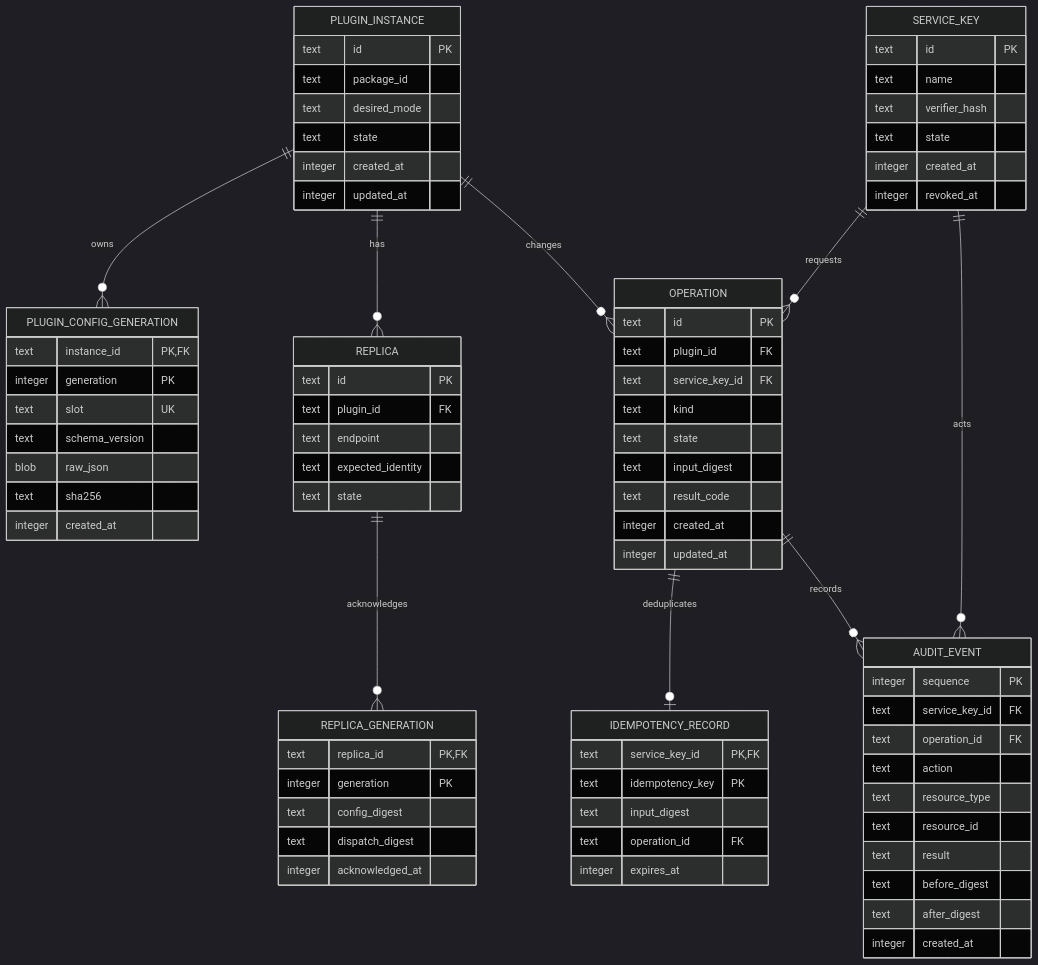
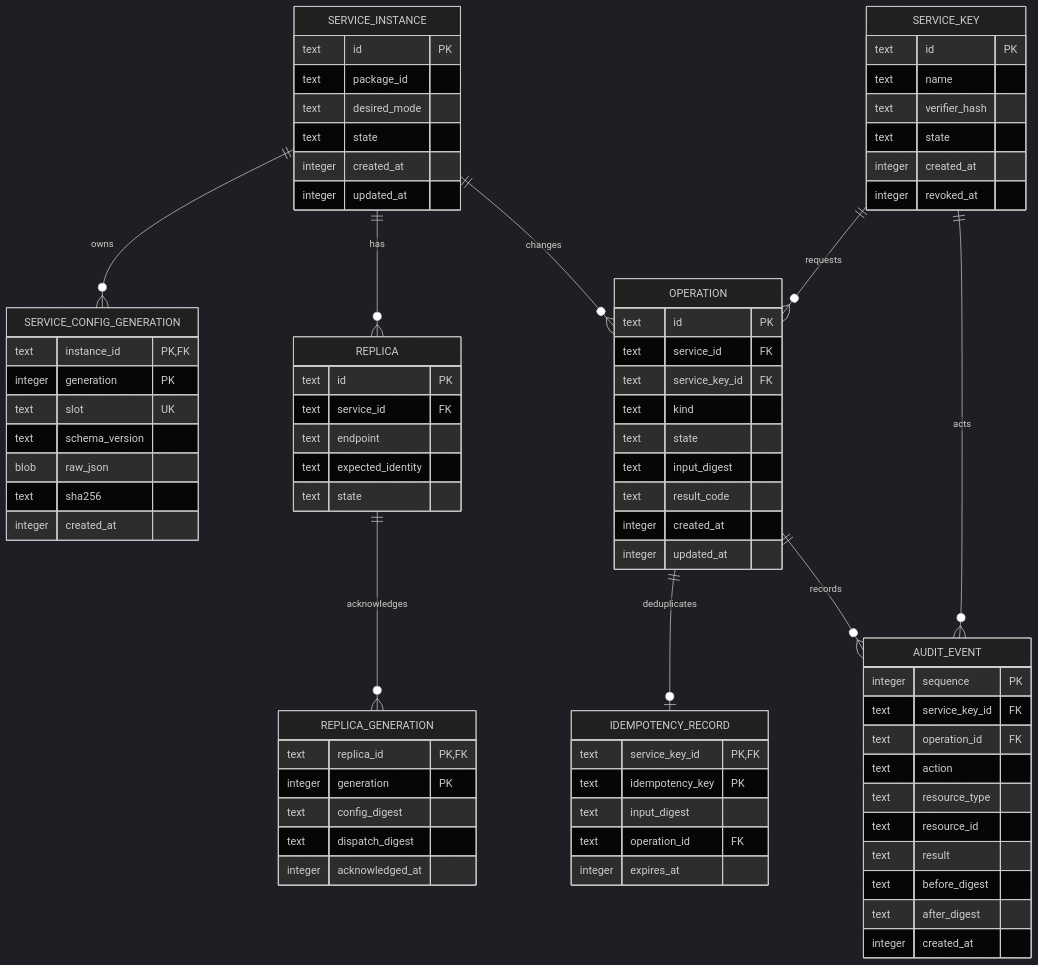
The diagram in docs/site/diagrams/core-config-store.mmd (Liapoldus/core), drawn with Mermaid (dark theme) before and after one commit. The commit also changed 439 other files, not shown here.

```diff
--- a/docs/site/diagrams/core-config-store.mmd
+++ b/docs/site/diagrams/core-config-store.mmd
@@ -1,79 +1,79 @@
 erDiagram
-    PLUGIN_INSTANCE ||--o{ PLUGIN_CONFIG_GENERATION : owns
-    PLUGIN_INSTANCE ||--o{ REPLICA : has
+    SERVICE_INSTANCE ||--o{ SERVICE_CONFIG_GENERATION : owns
+    SERVICE_INSTANCE ||--o{ REPLICA : has
     REPLICA ||--o{ REPLICA_GENERATION : acknowledges
-    PLUGIN_INSTANCE ||--o{ OPERATION : changes
+    SERVICE_INSTANCE ||--o{ OPERATION : changes
     SERVICE_KEY ||--o{ OPERATION : requests
     OPERATION ||--o| IDEMPOTENCY_RECORD : deduplicates
     SERVICE_KEY ||--o{ AUDIT_EVENT : acts
     OPERATION ||--o{ AUDIT_EVENT : records
 
-    PLUGIN_INSTANCE {
+    SERVICE_INSTANCE {
         text id PK
         text package_id
         text desired_mode
         text state
         integer created_at
         integer updated_at
     }
-    PLUGIN_CONFIG_GENERATION {
+    SERVICE_CONFIG_GENERATION {
         text instance_id PK, FK
         integer generation PK
         text slot UK
         text schema_version
         blob raw_json
         text sha256
         integer created_at
     }
     REPLICA {
         text id PK
-        text plugin_id FK
+        text service_id FK
         text endpoint
         text expected_identity
         text state
     }
     REPLICA_GENERATION {
         text replica_id PK, FK
         integer generation PK
         text config_digest
         text dispatch_digest
         integer acknowledged_at
     }
     OPERATION {
         text id PK
-        text plugin_id FK
+        text service_id FK
         text service_key_id FK
         text kind
         text state
         text input_digest
         text result_code
         integer created_at
         integer updated_at
     }
     IDEMPOTENCY_RECORD {
         text service_key_id PK, FK
         text idempotency_key PK
         text input_digest
         text operation_id FK
         integer expires_at
     }
     SERVICE_KEY {
         text id PK
         text name
         text verifier_hash
         text state
         integer created_at
         integer revoked_at
     }
     AUDIT_EVENT {
         integer sequence PK
         text service_key_id FK
         text operation_id FK
         text action
         text resource_type
         text resource_id
         text result
         text before_digest
         text after_digest
         integer created_at
     }
```
